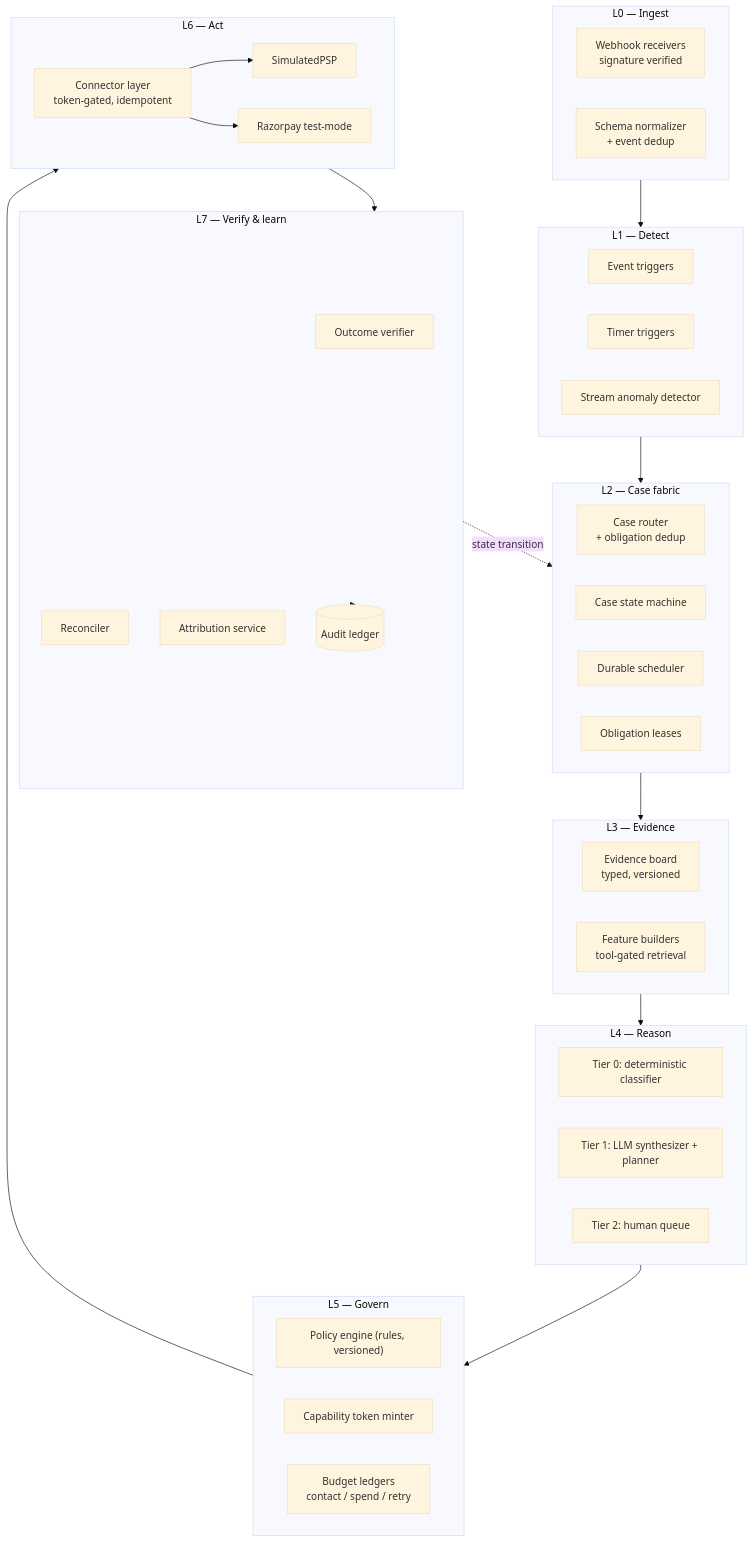
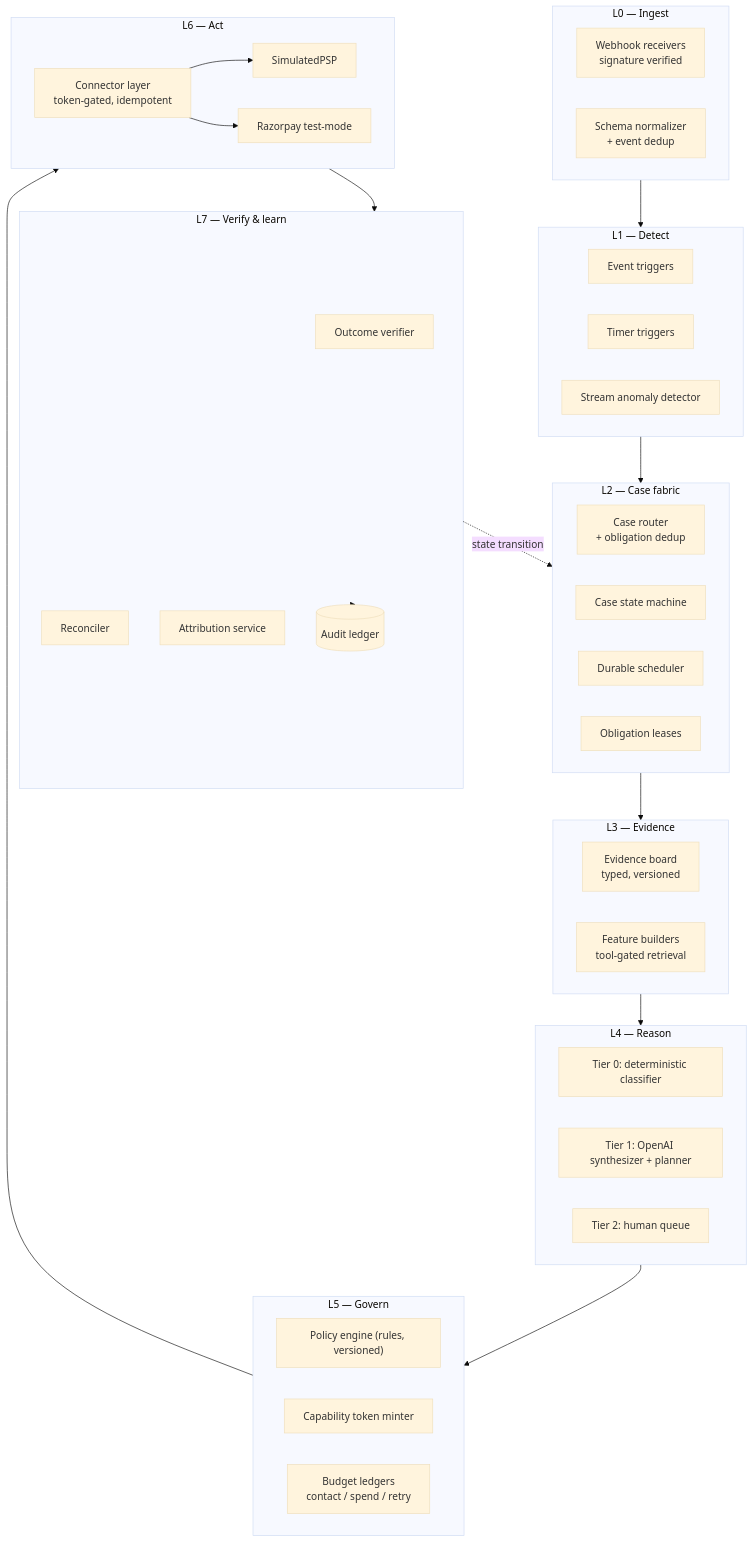
The first of 5 diagrams in outputs/revenue-recovery-architecture-v2.md (siddharthg2309/razorpay-buildathon), drawn with Mermaid (base theme) before and after one commit. The commit also changed other lines of this file and 1 other file, not shown here.

Commit message:
docs: finalize recovery agent architecture and demo plan

````diff
--- a/outputs/revenue-recovery-architecture-v2.md
+++ b/outputs/revenue-recovery-architecture-v2.md
@@ -38,56 +40,56 @@
 ```mermaid
 flowchart TB
     subgraph L0["L0 — Ingest"]
         W["Webhook receivers<br/>signature verified"]
         N["Schema normalizer<br/>+ event dedup"]
     end
 
     subgraph L1["L1 — Detect"]
         ET["Event triggers"]
         TT["Timer triggers"]
         AD["Stream anomaly detector"]
     end
 
     subgraph L2["L2 — Case fabric"]
         CR["Case router<br/>+ obligation dedup"]
         SM["Case state machine"]
         SCH["Durable scheduler"]
         LK["Obligation leases"]
     end
 
     subgraph L3["L3 — Evidence"]
         EB["Evidence board<br/>typed, versioned"]
         FB["Feature builders<br/>tool-gated retrieval"]
     end
 
     subgraph L4["L4 — Reason"]
         T0["Tier 0: deterministic classifier"]
-        T1["Tier 1: LLM synthesizer + planner"]
+        T1["Tier 1: OpenAI synthesizer + planner"]
         T2["Tier 2: human queue"]
     end
 
     subgraph L5["L5 — Govern"]
         PE["Policy engine (rules, versioned)"]
         CT["Capability token minter"]
         BL["Budget ledgers<br/>contact / spend / retry"]
     end
 
     subgraph L6["L6 — Act"]
         CX["Connector layer<br/>token-gated, idempotent"]
         SIM["SimulatedPSP"]
         RZP["Razorpay test-mode"]
     end
 
     subgraph L7["L7 — Verify & learn"]
         VF["Outcome verifier"]
         RC["Reconciler"]
         AT["Attribution service"]
         AL[("Audit ledger")]
     end
 
     L0 --> L1 --> L2 --> L3 --> L4 --> L5 --> L6 --> L7
     L7 -.->|"state transition"| L2
     L7 --> AL
     CX --> SIM
     CX --> RZP
 ```
````
